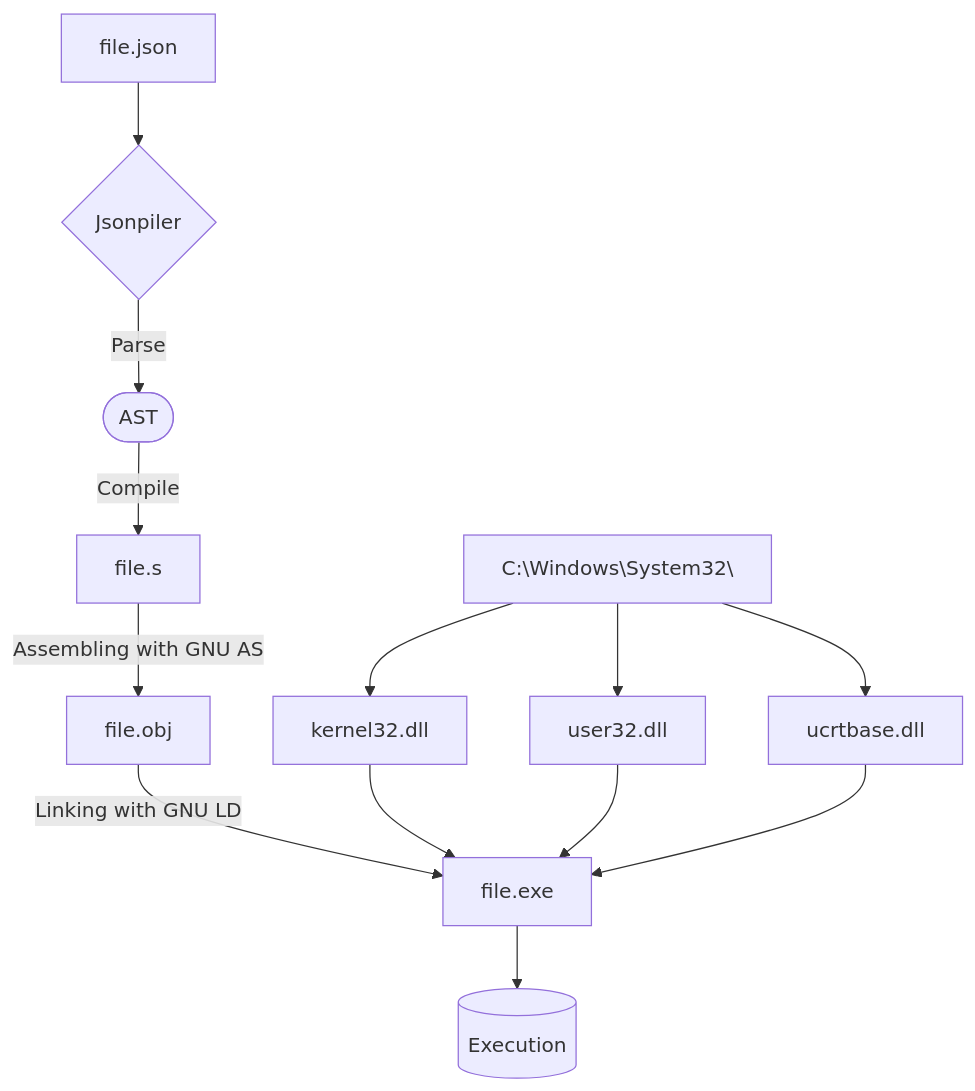
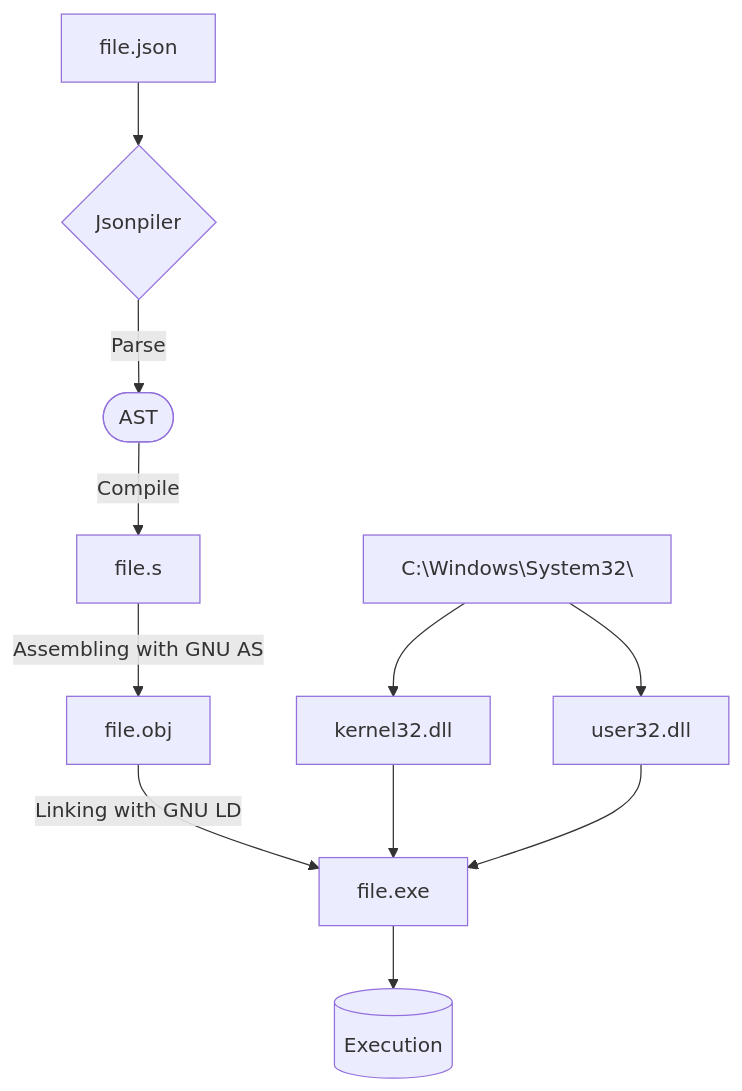
The diagram in README.md (HAL-G1THuB/jsonpiler), drawn with Mermaid before and after one commit. The commit also changed other lines of this file and 40 other files, not shown here.

````diff
--- a/README.md
+++ b/README.md
@@ -96,12 +96,11 @@
 ```mermaid
 graph TD
   A[file.json] --> B{Jsonpiler}
   B -->|Parse| C([AST])
   C -->|Compile| D[file.s]
   D --> |Assembling with GNU AS| E[file.obj]
   E --> |Linking with GNU LD| F[file.exe]
-  S[C:\Windows\System32\] --> KERNEL32[kernel32.dll] --> F[file.exe]
-  S --> USER32[user32.dll] --> F[file.exe]
-  S --> UCRTBASE[ucrtbase.dll] --> F[file.exe]
+  S[C:\Windows\System32\] --> KERNEL32[kernel32.dll] --> F
+  S --> USER32[user32.dll] --> F
   F --> Exec[(Execution)]
 ```
````
